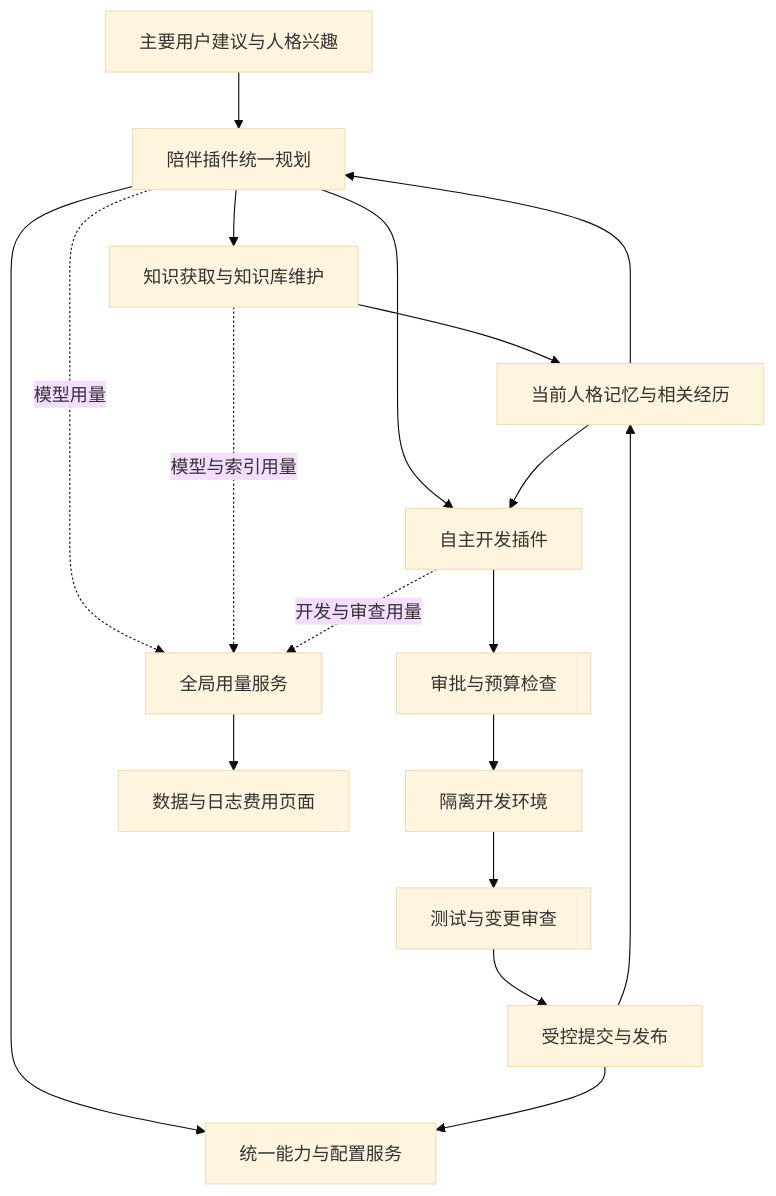
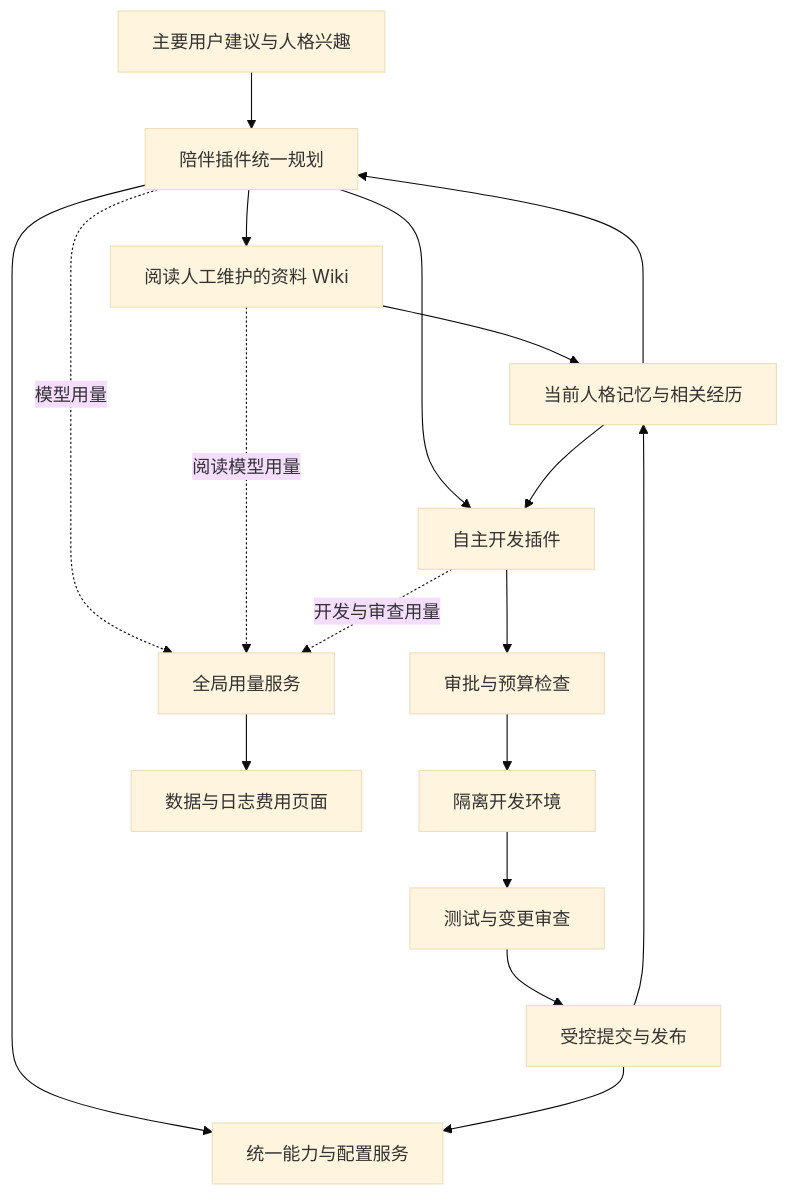
One commit to zhizhangzhu/AstrBot_snowluma_for_zzz changed the diagram in docs/autonomous-evolution-design.md. Above: the diagram before and after it, drawn with Mermaid (base theme). The commit also changed other lines of this file and 14 other files, not shown here.

````diff
--- a/docs/autonomous-evolution-design.md
+++ b/docs/autonomous-evolution-design.md
@@ -47,20 +47,20 @@
 ```mermaid
 flowchart TD
     U[主要用户建议与人格兴趣] --> C[陪伴插件统一规划]
     C --> F[统一能力与配置服务]
-    C --> K[知识获取与知识库维护]
+    C --> K[阅读人工维护的资料 Wiki]
     C --> D[自主开发插件]
     M[当前人格记忆与相关经历] --> C
     M --> D
     D --> A[审批与预算检查]
     A --> W[隔离开发环境]
     W --> V[测试与变更审查]
     V --> P[受控提交与发布]
     P --> F
     P --> M
     K --> M
     L[全局用量服务] --> B[数据与日志费用页面]
     C -.模型用量.-> L
-    K -.模型与索引用量.-> L
+    K -.阅读模型用量.-> L
     D -.开发与审查用量.-> L
 ```
````
